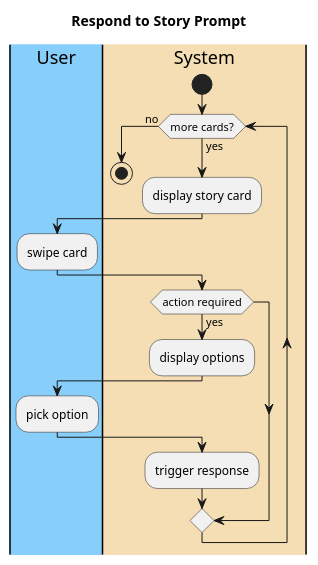
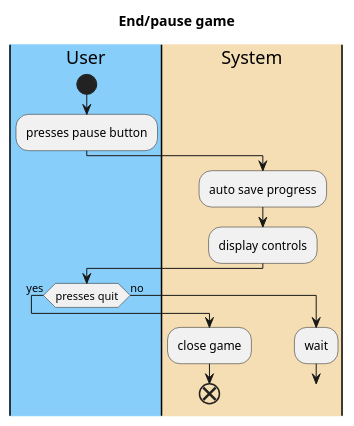
One commit to emutchek/MaraudersAtSea changed the second of 2 diagrams in CMPU_203_PirateGame/doc/use-cases/Game_Management.md. Above: the diagram before and after it, drawn with PlantUML. The commit also changed other lines of this file, not shown here.

````diff
--- a/CMPU_203_PirateGame/doc/use-cases/Game_Management.md
+++ b/CMPU_203_PirateGame/doc/use-cases/Game_Management.md
@@ -30,27 +47,23 @@
 ```PlantUML
 @startuml
-title Respond to Story Prompt
+title End/pause game
 |#LightSkyBlue|User|
 |#Wheat|System|
 
+|User|
+start
+:presses pause button;
 |System|
-start
-while (more cards?) is (yes)
-    :display story card;
-    |User|
-    :swipe card;
-
-|System|
-if (action required) then (yes)
-    :display options;
-    |User|
-    :pick option;
-
-|System|
-:trigger response;
-
+:auto save progress;
+:display controls;
+|User|
+if (presses quit) then (yes)
+    |System|
+    :close game;
+    end
+else (no)
+    :wait;
+    break;
 endif
-endwhile (no)
-stop
 @enduml
 ```
````
